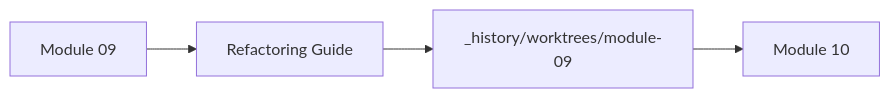
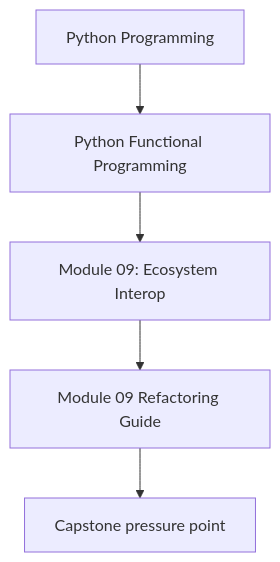
Before and after one commit to bijux/bijux-masterclass: the first of 2 diagrams in programs/python-programming/python-functional-programming/course-book/module-09-ecosystem-interop/refactoring-guide.md, drawn with Mermaid. The commit also changed other lines of this file and 118 other files, not shown here.

Commit message:
docs(python-functional-programming): align concept page diagrams

````diff
--- a/programs/python-programming/python-functional-programming/course-book/module-09-ecosystem-interop/refactoring-guide.md
+++ b/programs/python-programming/python-functional-programming/course-book/module-09-ecosystem-interop/refactoring-guide.md
@@ -7,6 +7,7 @@
 ```mermaid
-graph LR
-  module["Module 09"] --> guide["Refactoring Guide"]
-  guide --> worktree["_history/worktrees/module-09"]
-  worktree --> next["Module 10"]
+flowchart TD
+  family["Python Programming"] --> program["Python Functional Programming"]
+  program --> module["Module 09: Ecosystem Interop"]
+  module --> concept["Module 09 Refactoring Guide"]
+  concept --> capstone["Capstone pressure point"]
 ```
````
